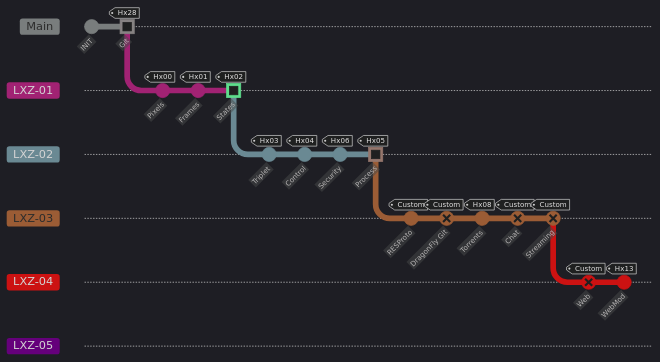
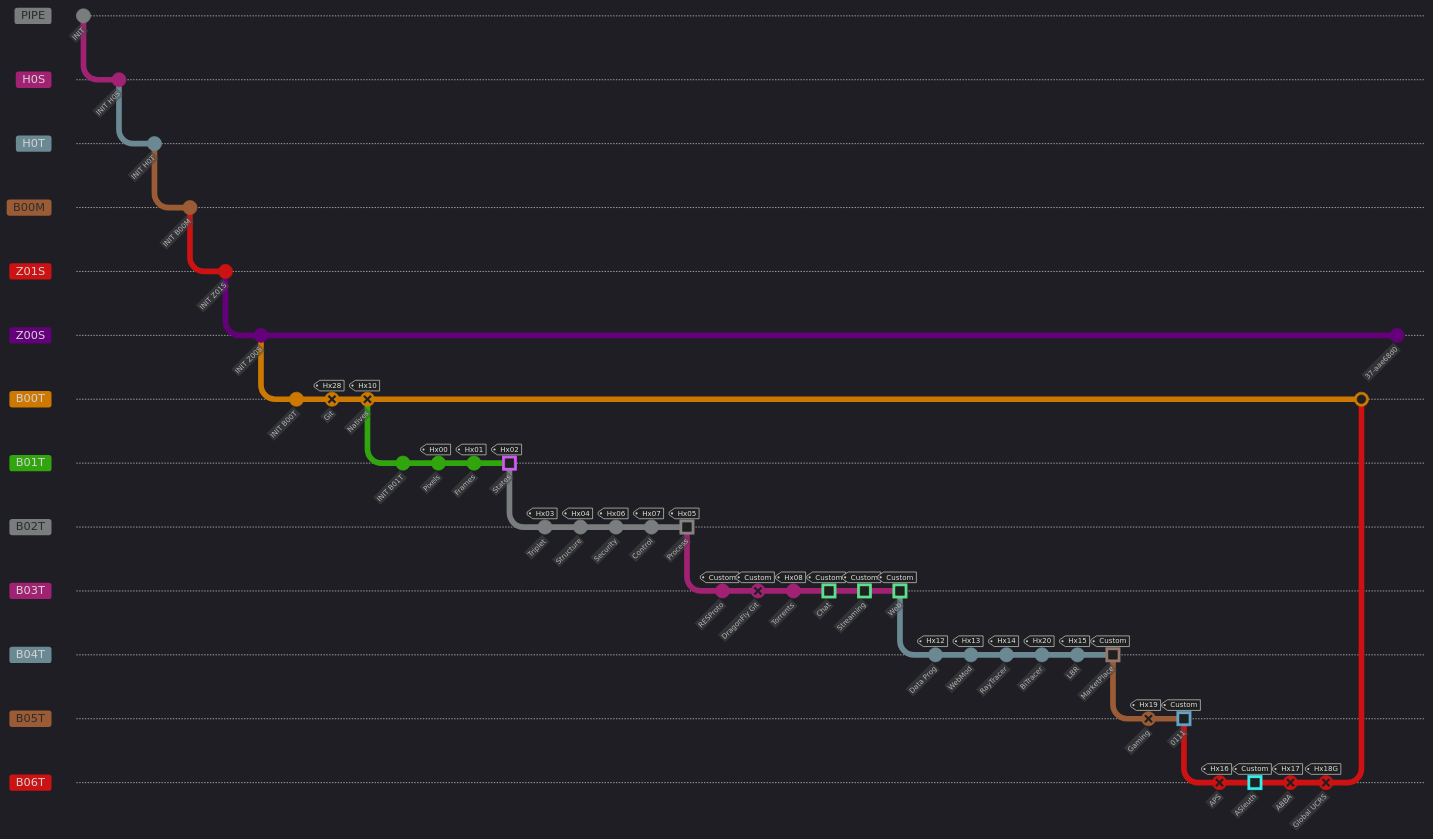
The diagram in src/dags/D04.md (nihad-nagi/HXLX), drawn with Mermaid before and after one commit. The commit also changed other lines of this file, not shown here.

Commit message:
🟫 0078: D04+

````diff
--- a/src/dags/D04.md
+++ b/src/dags/D04.md
@@ -2,31 +2,67 @@
 ```mermaid
-%%{init: { 'logLevel': 'debug', 'theme': 'dark', 'gitGraph': {'showBranches': true, 'showCommitLabel': true, 'mainBranchName': 'Main'} } }%%
+%%{init: { 'logLevel': 'debug', 'theme': 'dark', 'gitGraph': {'showBranches': true, 'showCommitLabel': true, 'mainBranchName': 'PIPE'} } }%%
 gitGraph  
     commit id: "INIT"
-    commit id: "Git" tag: "Hx28" type: HIGHLIGHT
-    branch LXZ-01
-    checkout LXZ-01
+    branch H0S
+    commit id: "INIT H0S"
+    branch H0T
+    commit id: "INIT H0T"
+    branch B00M
+    checkout B00M
+    commit id: "INIT B00M"
+    branch Z01S
+    checkout Z01S
+    commit id: "INIT Z01S"
+    branch Z00S
+    checkout Z00S
+    commit id: "INIT Z00S"
+    branch B00T
+    checkout B00T
+    commit id: "INIT B00T"
+    commit id: "Git" tag: "Hx28" type: REVERSE
+    commit id: "Natives" tag: "Hx10" type: REVERSE
+    branch B01T
+    checkout B01T
+    commit id: "INIT B01T"
     commit id: "Pixels" tag:"Hx00"
     commit id: "Frames" tag:"Hx01"
     commit id: "States" tag:"Hx02" type: HIGHLIGHT
-    branch LXZ-02
-    checkout LXZ-02
+    branch B02T
+    checkout B02T
     commit id: "Triplet" tag:"Hx03"
-    commit id: "Control" tag:"Hx04"
+    commit id: "Structure" tag:"Hx04"
     commit id: "Security" tag:"Hx06"
+    commit id: "Control" tag: "Hx07"
     commit id: "Process" tag:"Hx05" type: HIGHLIGHT
-    branch LXZ-03
-    checkout LXZ-03
+    branch B03T
+    checkout B03T
     commit id: "RESProto" tag: "Custom"
     commit id: "DragonFly Git" tag: "Custom" type: REVERSE
     commit id: "Torrents" tag:"Hx08"
-    commit id: "Chat" tag: "Custom" type: REVERSE
-    commit id: "Streaming" tag: "Custom" type:  REVERSE
-    branch LXZ-04
-    checkout LXZ-04
-    commit id: "Web" tag: "Custom" type: REVERSE
+    commit id: "Chat" tag: "Custom" type: HIGHLIGHT
+    commit id: "Streaming" tag: "Custom" type:  HIGHLIGHT
+    commit id: "Web" tag: "Custom" type: HIGHLIGHT
+    branch B04T
+    checkout B04T
+    commit id: "Data Prog" tag: "Hx12"
     commit id: "WebMod" tag: "Hx13"
-    branch LXZ-05
-    checkout LXZ-05
+    commit id: "RayTracer" tag: "Hx14"
+    commit id: "BiTracer" tag: "Hx20"
+    commit id: "LBR" tag:"Hx15"
+    commit id: "MarketPlace" tag:"Custom" type: HIGHLIGHT
+    branch B05T
+    checkout B05T
+    commit id: "Gaming" tag:"Hx19" type: REVERSE
+    commit id: "0111" tag:"Custom" type: HIGHLIGHT
+    branch B06T
+    checkout B06T
+    commit id: "APS" tag:"Hx16" type: REVERSE
+    commit id: "ASleuth" tag: "Custom" type: HIGHLIGHT 
+    commit id: "ABBA" tag: "Hx17" type: REVERSE
+    commit id: "Global UCRS" tag: "Hx18G" type: REVERSE
+    checkout B00T
+    merge B06T
+    checkout Z00S
+    commit id: ""
     
 ```
````
